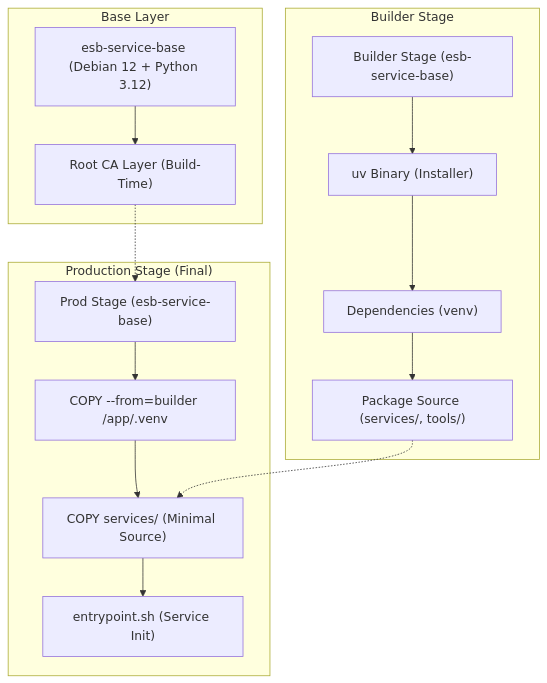
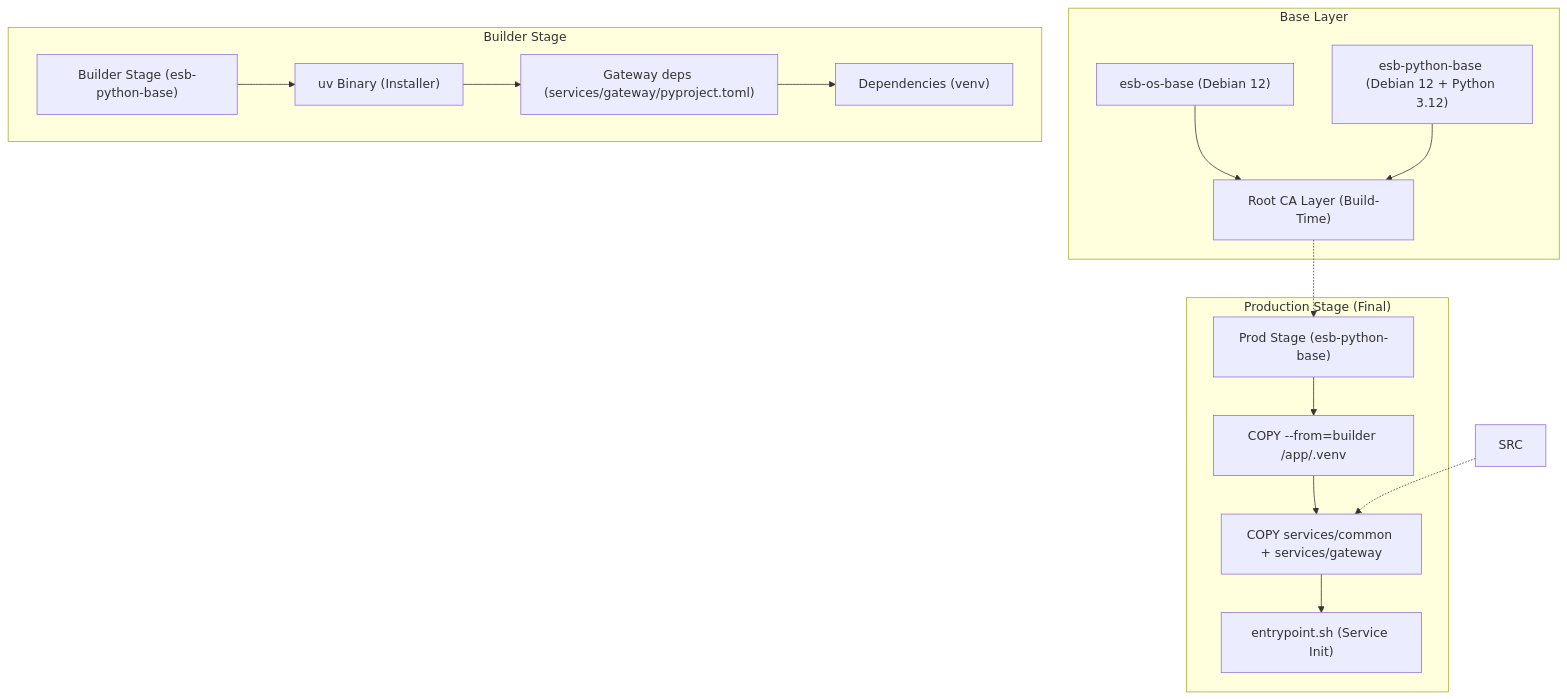
The diagram in docs/docker-architecture.md (poruru-code/esb), drawn with Mermaid before and after one commit. The commit also changed other lines of this file and 26 other files, not shown here.

````diff
--- a/docs/docker-architecture.md
+++ b/docs/docker-architecture.md
@@ -33,33 +33,35 @@
 ```mermaid
 graph TD
     subgraph "Base Layer"
-        BASE["esb-service-base (Debian 12 + Python 3.12)"]
+        OS["esb-os-base (Debian 12)"]
+        PY["esb-python-base (Debian 12 + Python 3.12)"]
         TRUST["Root CA Layer (Build-Time)"]
-        BASE --> TRUST
+        OS --> TRUST
+        PY --> TRUST
     end
 
     subgraph "Builder Stage"
-        BUILD["Builder Stage (esb-service-base)"]
+        BUILD["Builder Stage (esb-python-base)"]
         UV["uv Binary (Installer)"]
+        SPEC["Gateway deps (services/gateway/pyproject.toml)"]
         DEPS["Dependencies (venv)"]
-        SRC["Package Source (services/, tools/)"]
         
         BUILD --> UV
-        UV --> DEPS
-        DEPS --> SRC
+        UV --> SPEC
+        SPEC --> DEPS
     end
 
     subgraph "Production Stage (Final)"
-        PROD["Prod Stage (esb-service-base)"]
+        PROD["Prod Stage (esb-python-base)"]
         COPY_VENV["COPY --from=builder /app/.venv"]
-        COPY_APP["COPY services/ (Minimal Source)"]
+        COPY_APP["COPY services/common + services/gateway"]
         ENTRY["entrypoint.sh (Service Init)"]
         
         PROD --> COPY_VENV
         COPY_VENV --> COPY_APP
         COPY_APP --> ENTRY
     end
 
     TRUST -.-> PROD
     SRC -.-> COPY_APP
 ```
````
